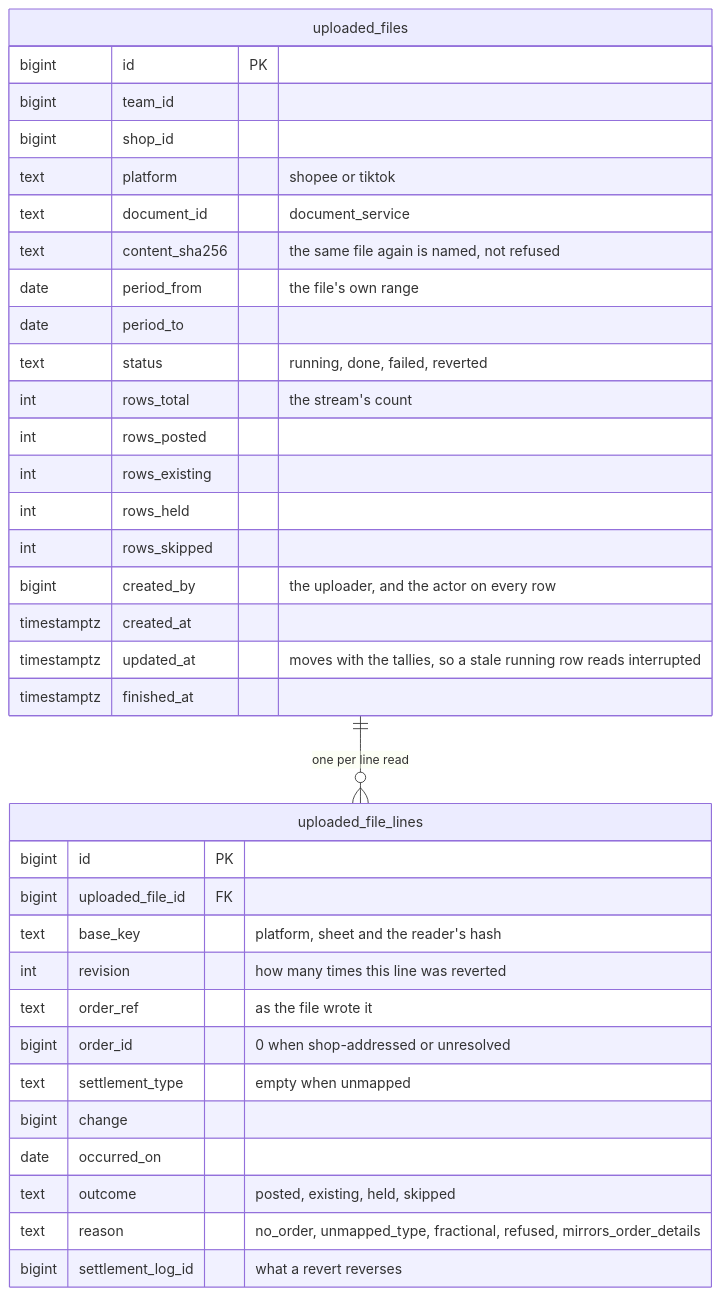
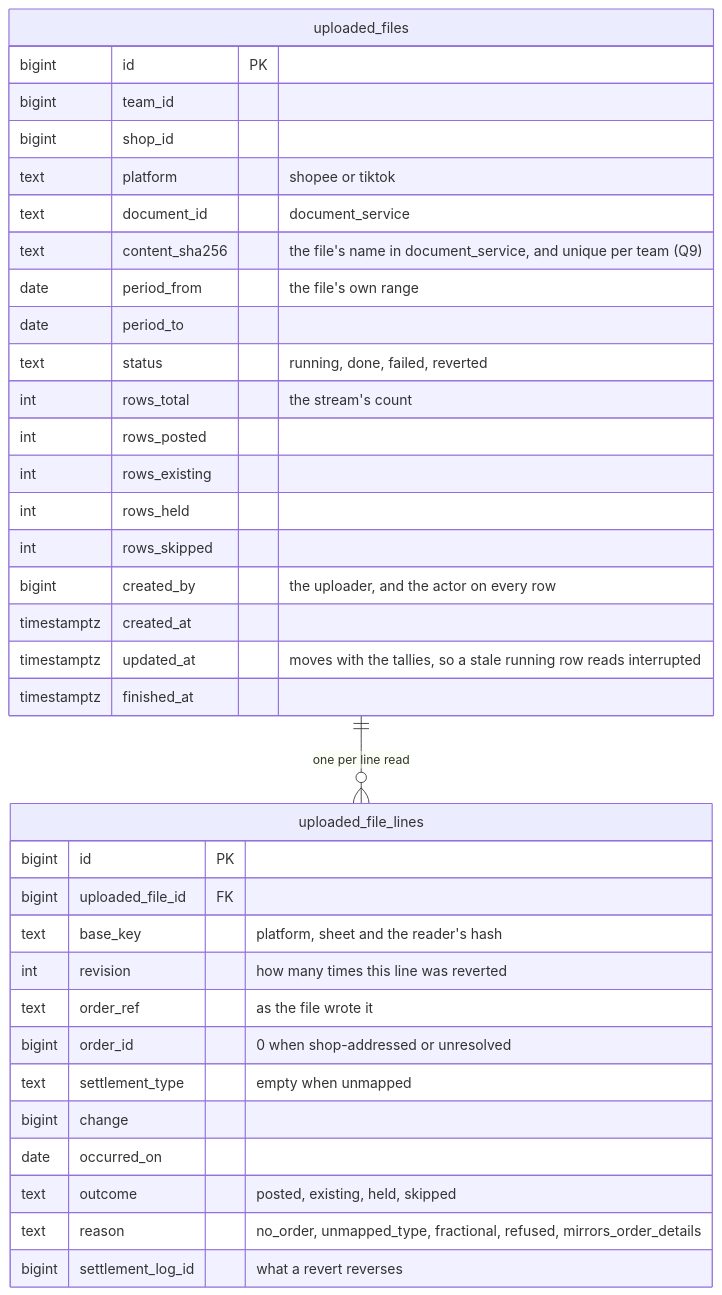
Before and after one commit to pdcgo/warehouse_revamp: the fifth of 7 diagrams in docs/business/settlement/settlement_importer_clarify.md, drawn with Mermaid. The commit also changed other lines of this file and 3 other files, not shown here.

First line of the commit message:
settlement_importer: the stored file is named by its content hash

````diff
--- a/docs/business/settlement/settlement_importer_clarify.md
+++ b/docs/business/settlement/settlement_importer_clarify.md
@@ -204,38 +208,38 @@
 ```mermaid
 erDiagram
   uploaded_files ||--o{ uploaded_file_lines : "one per line read"
   uploaded_files {
     bigint id PK
     bigint team_id
     bigint shop_id
     text platform "shopee or tiktok"
     text document_id "document_service"
-    text content_sha256 "the same file again is named, not refused"
+    text content_sha256 "the file's name in document_service, and unique per team (Q9)"
     date period_from "the file's own range"
     date period_to
     text status "running, done, failed, reverted"
     int rows_total "the stream's count"
     int rows_posted
     int rows_existing
     int rows_held
     int rows_skipped
     bigint created_by "the uploader, and the actor on every row"
     timestamptz created_at
     timestamptz updated_at "moves with the tallies, so a stale running row reads interrupted"
     timestamptz finished_at
   }
   uploaded_file_lines {
     bigint id PK
     bigint uploaded_file_id FK
     text base_key "platform, sheet and the reader's hash"
     int revision "how many times this line was reverted"
     text order_ref "as the file wrote it"
     bigint order_id "0 when shop-addressed or unresolved"
     text settlement_type "empty when unmapped"
     bigint change
     date occurred_on
     text outcome "posted, existing, held, skipped"
     text reason "no_order, unmapped_type, fractional, refused, mirrors_order_details"
     bigint settlement_log_id "what a revert reverses"
   }
 ```
````
